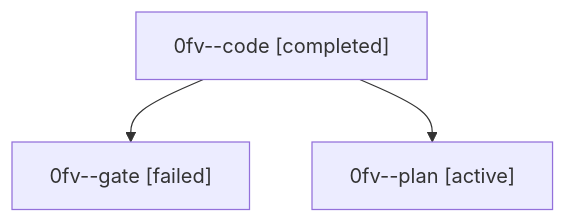
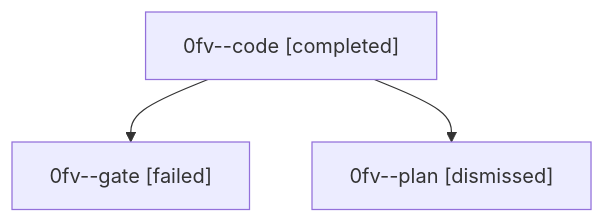
One commit to bobs-org/bob-cli--agents changed the diagram in sessions/bbugyi200.athena.0fv.md. Above: the diagram before and after it, drawn with Mermaid. The commit also changed other lines of this file and 24 other files, not shown here.

````diff
--- a/sessions/bbugyi200.athena.0fv.md
+++ b/sessions/bbugyi200.athena.0fv.md
@@ -9,8 +9,8 @@
 ```mermaid
 flowchart TD
   n0["0fv--code [completed]"]
   n1["0fv--gate [failed]"]
   n0 --> n1
-  n2["0fv--plan [active]"]
+  n2["0fv--plan [dismissed]"]
   n0 --> n2
 ```
````
